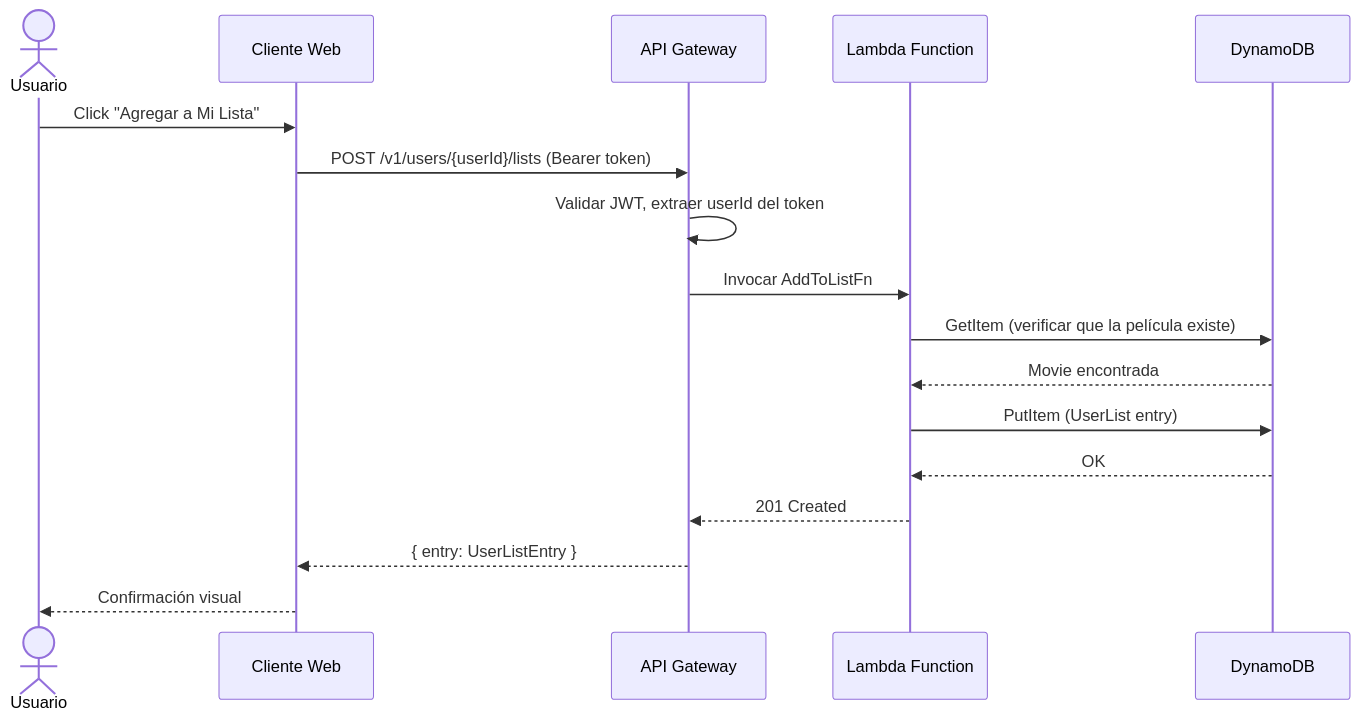
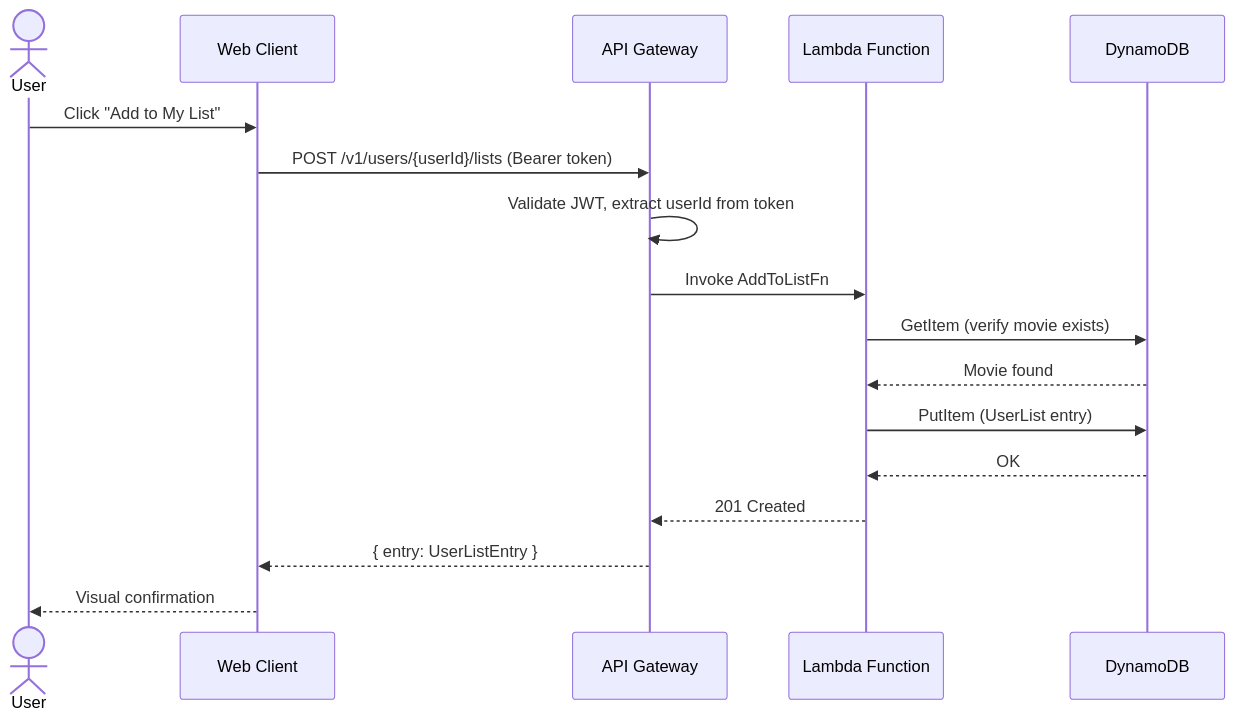
The fourth of 6 diagrams in Netflix_Design_Doc.md (edwardsalinas/proyectoNetflix), drawn with Mermaid before and after one commit. The commit also changed other lines of this file and 2 other files, not shown here.

````diff
--- a/Netflix_Design_Doc.md
+++ b/Netflix_Design_Doc.md
@@ -440,20 +444,20 @@
 ```mermaid
 sequenceDiagram
-    actor Usuario
-    participant Cliente as Cliente Web
+    actor User
+    participant Client as Web Client
     participant APIGW as API Gateway
     participant Lambda as Lambda Function
     participant DDB as DynamoDB
 
-    Usuario->>Cliente: Click "Agregar a Mi Lista"
-    Cliente->>APIGW: POST /v1/users/{userId}/lists (Bearer token)
-    APIGW->>APIGW: Validar JWT, extraer userId del token
-    APIGW->>Lambda: Invocar AddToListFn
-    Lambda->>DDB: GetItem (verificar que la película existe)
-    DDB-->>Lambda: Movie encontrada
+    User->>Client: Click "Add to My List"
+    Client->>APIGW: POST /v1/users/{userId}/lists (Bearer token)
+    APIGW->>APIGW: Validate JWT, extract userId from token
+    APIGW->>Lambda: Invoke AddToListFn
+    Lambda->>DDB: GetItem (verify movie exists)
+    DDB-->>Lambda: Movie found
     Lambda->>DDB: PutItem (UserList entry)
     DDB-->>Lambda: OK
     Lambda-->>APIGW: 201 Created
-    APIGW-->>Cliente: { entry: UserListEntry }
-    Cliente-->>Usuario: Confirmación visual
+    APIGW-->>Client: { entry: UserListEntry }
+    Client-->>User: Visual confirmation
 ```
````
